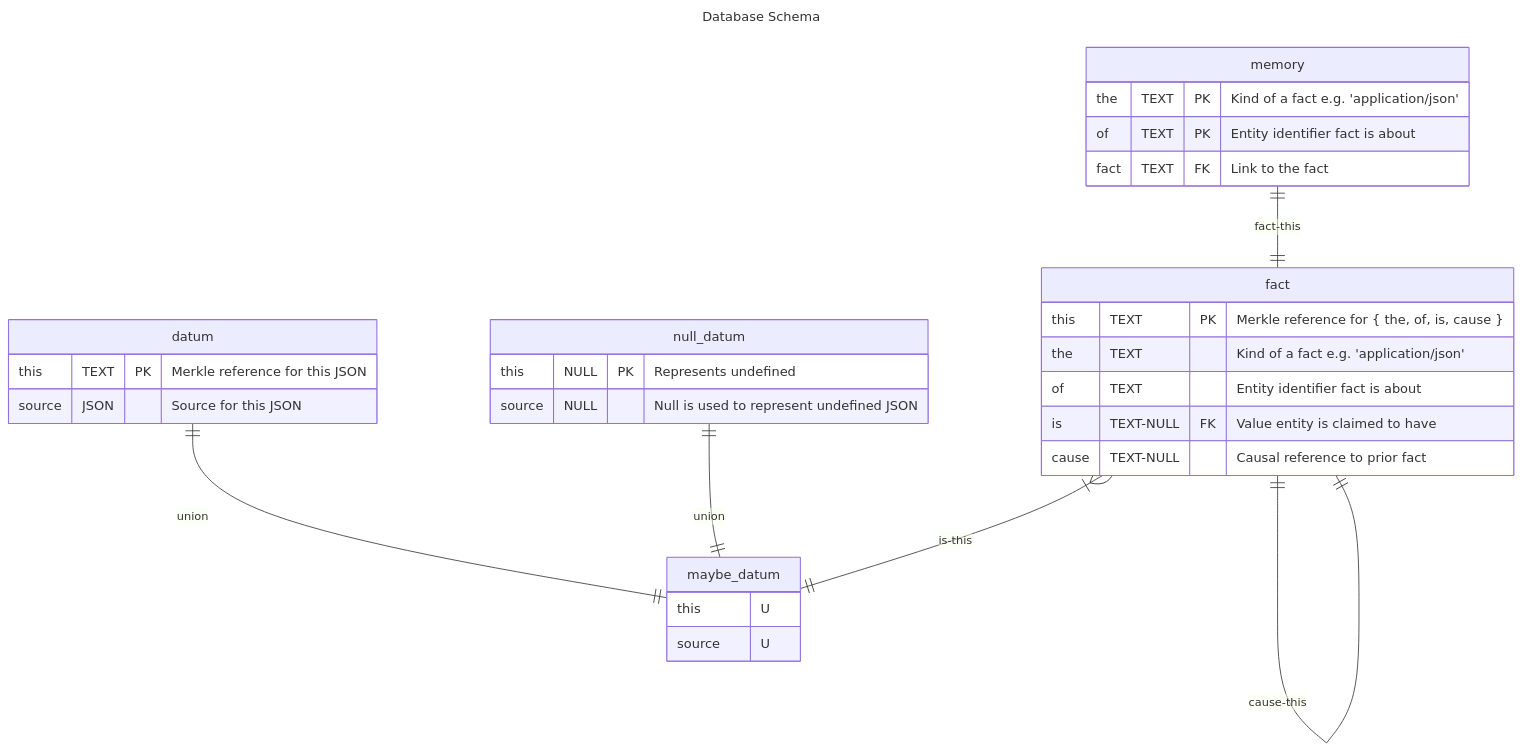
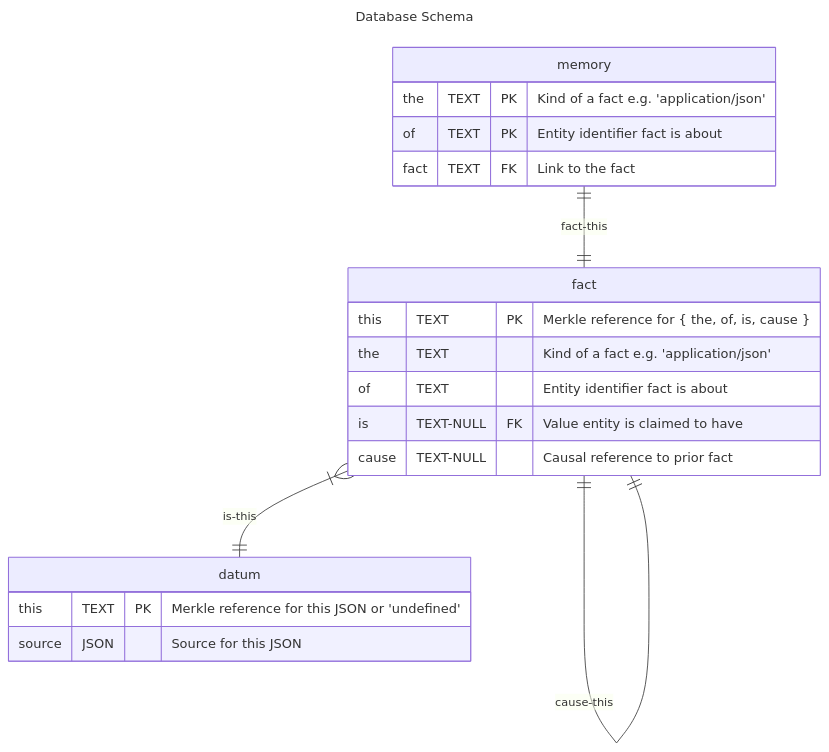
The diagram in typescript/packages/common-memory/README.md (commontoolsinc/labs), drawn with Mermaid before and after one commit.

Commit message:
Update README.md
There used to be more tables to handle null/null datum, but those have been removed, and the model simplified.
Updated the mermaid diagram to the simpler version.

````diff
--- a/typescript/packages/common-memory/README.md
+++ b/typescript/packages/common-memory/README.md
@@ -210,42 +210,30 @@
 ```mermaid
 ---
 title: Database Schema
 ---
 erDiagram
 datum {
-  this    TEXT PK "Merkle reference for this JSON"
+  this    TEXT PK "Merkle reference for this JSON or 'undefined'"
   source  JSON    "Source for this JSON"
-}
-
-maybe_datum {
-  this    U
-  source  U
-}
-
-null_datum {
-  this   NULL PK  "Represents undefined"
-  source NULL     "Null is used to represent undefined JSON"
 }
 
 fact {
   this    TEXT PK "Merkle reference for { the, of, is, cause }"
   the     TEXT "Kind of a fact e.g. 'application/json'"
   of      TEXT "Entity identifier fact is about"
   is      TEXT-NULL FK "Value entity is claimed to have"
   cause   TEXT-NULL    "Causal reference to prior fact"
 }
 
 memory {
   the   TEXT  PK "Kind of a fact e.g. 'application/json'"
   of    TEXT  PK "Entity identifier fact is about"
   fact  TEXT FK  "Link to the fact"
 }
 
 
 
-fact }|--|| maybe_datum: is-this
+fact }|--|| datum: is-this
 fact ||--|| fact: cause-this
 memory ||--|| fact: fact-this
-datum ||--|| maybe_datum: union
-null_datum ||--|| maybe_datum: union
 ```
````
